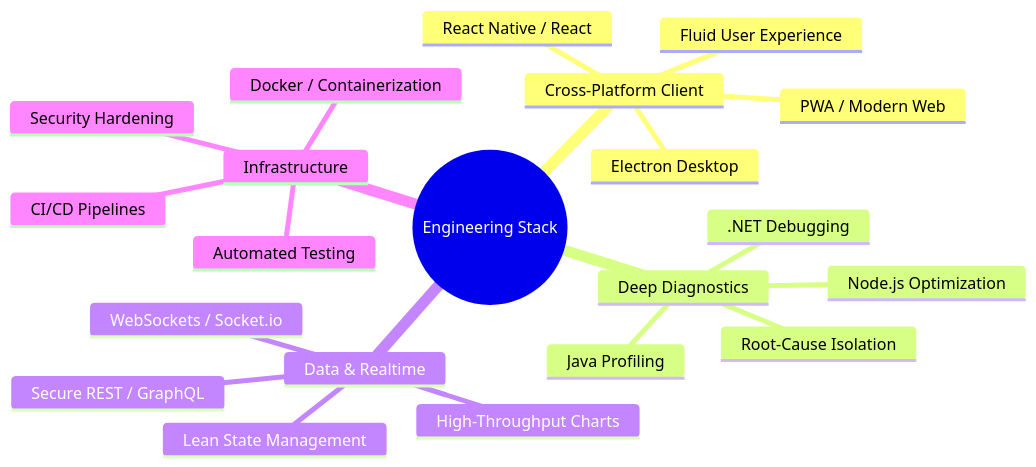
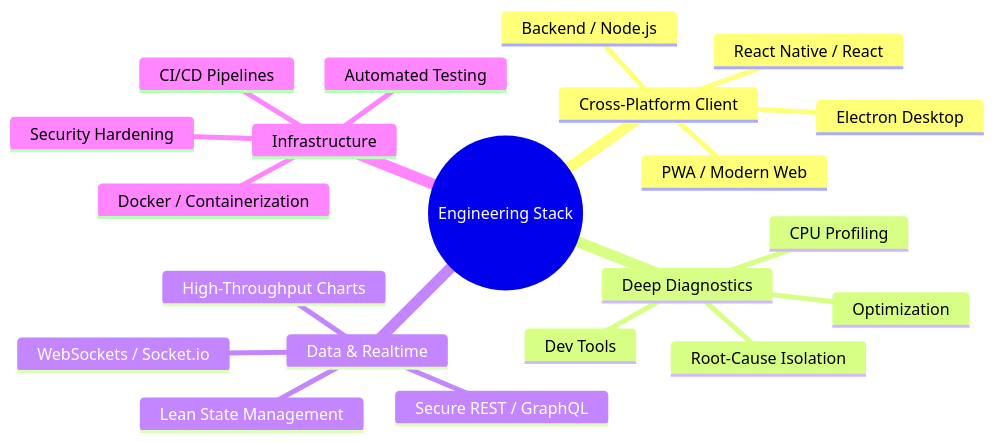
Before and after one commit to soroushm/soroushm: the diagram in README.md, drawn with Mermaid. The commit also changed other lines of this file, not shown here.

````diff
--- a/README.md
+++ b/README.md
@@ -64,24 +63,24 @@
 ```mermaid
 mindmap
   root((Engineering Stack))
     Cross-Platform Client
       React Native / React
       Electron Desktop
       PWA / Modern Web
-      Fluid User Experience
+      Backend / Node.js
     Deep Diagnostics
-      Node.js Optimization
-      Java Profiling
-      .NET Debugging
+      Optimization
+      CPU Profiling
+      Dev Tools
       Root-Cause Isolation
     Data & Realtime
       WebSockets / Socket.io
       High-Throughput Charts
       Lean State Management
       Secure REST / GraphQL
     Infrastructure
       CI/CD Pipelines
       Automated Testing
       Docker / Containerization
       Security Hardening
 ```
````
